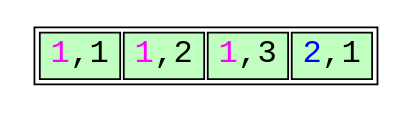
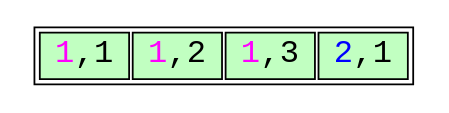
The diagram in leaf-page-split.dot (petergeoghegan/pg_query_internals), drawn with Graphviz before and after one commit. The commit also changed 6 other files, not shown here.

```diff
--- a/leaf-page-split.dot
+++ b/leaf-page-split.dot
@@ -1,29 +1,29 @@
 // Example B-Tree graph
 //
 // Breadth-first order
 //
 // Start from root, go left to right
 //
 // Workflow:
 //
 // $ dot -T svg btree.dot -o btree.svg;
 
 digraph nbtree {
 graph [fontname = "monospace"];
 node [shape = none,height=.1,fontname = "monospace",fontsize=18];
 // Level 0 (leaf level)
-leafnode_1[ label=<<table width="180">
+leafnode_1[ label=<<table width="200">
                     <tr>
-                        <td bgcolor='darkseagreen1' port="t2" width="45"><font color="magenta">1</font>,1</td>
-                        <td bgcolor='darkseagreen1' port="t3" width="45"><font color="magenta">1</font>,2</td>
-                        <td bgcolor='darkseagreen1' port="t4" width="45"><font color="magenta">1</font>,3</td>
+                        <td bgcolor='darkseagreen1' port="t2" width="50"><font color="magenta">1</font>,1</td>
+                        <td bgcolor='darkseagreen1' port="t3" width="50"><font color="magenta">1</font>,2</td>
+                        <td bgcolor='darkseagreen1' port="t4" width="50"><font color="magenta">1</font>,3</td>
                         <!-- <td align="center" border="0" bgcolor='white' port="t6">&#9986;</td> -->
-                        <td bgcolor='darkseagreen1' port="t7" width="45"><font color="blue">2</font>,1</td>
+                        <td bgcolor='darkseagreen1' port="t7" width="50"><font color="blue">2</font>,1</td>
                     </tr>
                 </table>
                >
         ];
 //Force alignment from root to internal to leaf levels:
 //edge[style=invis];
 //"rootnode":d1 -> "leafnode_2":t2
 }
```
